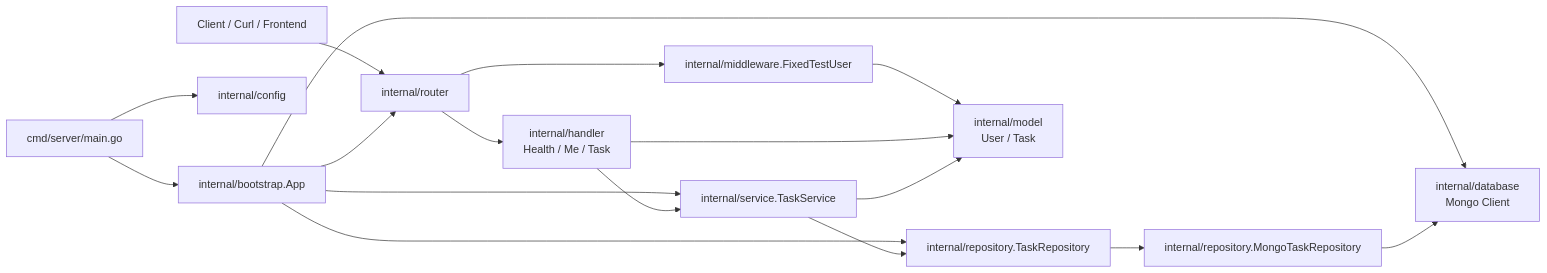
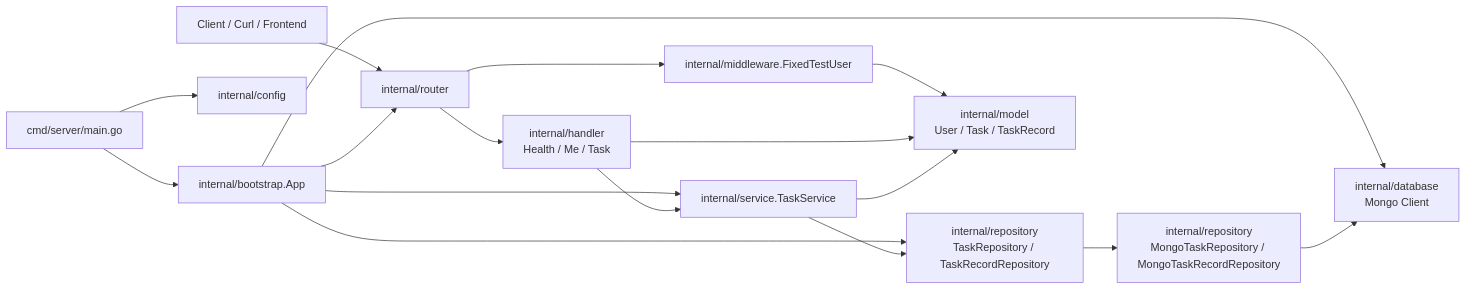
Before and after one commit to AsaqeLee/taskflow: the first of 2 diagrams in README.md, drawn with Mermaid. The commit also changed other lines of this file and 11 other files, not shown here.

First line of the commit message:
feat: support TaskRecord audit trail and multi-driver persistence

````diff
--- a/README.md
+++ b/README.md
@@ -129,37 +131,37 @@
 ```mermaid
 flowchart LR
     Client[Client / Curl / Frontend]
     Main[cmd/server/main.go]
     Config[internal/config]
     App[internal/bootstrap.App]
     Router[internal/router]
     Middleware[internal/middleware.FixedTestUser]
     Handlers[internal/handler<br/>Health / Me / Task]
     Service[internal/service.TaskService]
-    Repo[internal/repository.TaskRepository]
-    MongoRepo[internal/repository.MongoTaskRepository]
-    Models[internal/model<br/>User / Task]
+    Repo[internal/repository<br/>TaskRepository / TaskRecordRepository]
+    MongoRepo[internal/repository<br/>MongoTaskRepository / MongoTaskRecordRepository]
+    Models[internal/model<br/>User / Task / TaskRecord]
     DB[internal/database<br/>Mongo Client]
 
     Main --> Config
     Main --> App
     Client --> Router
 
     App --> Router
     App --> Service
     App --> Repo
     App --> DB
 
     Router --> Middleware
     Router --> Handlers
 
     Middleware --> Models
     Handlers --> Service
     Handlers --> Models
 
     Service --> Repo
     Service --> Models
 
     Repo --> MongoRepo
     MongoRepo --> DB
 ```
````
